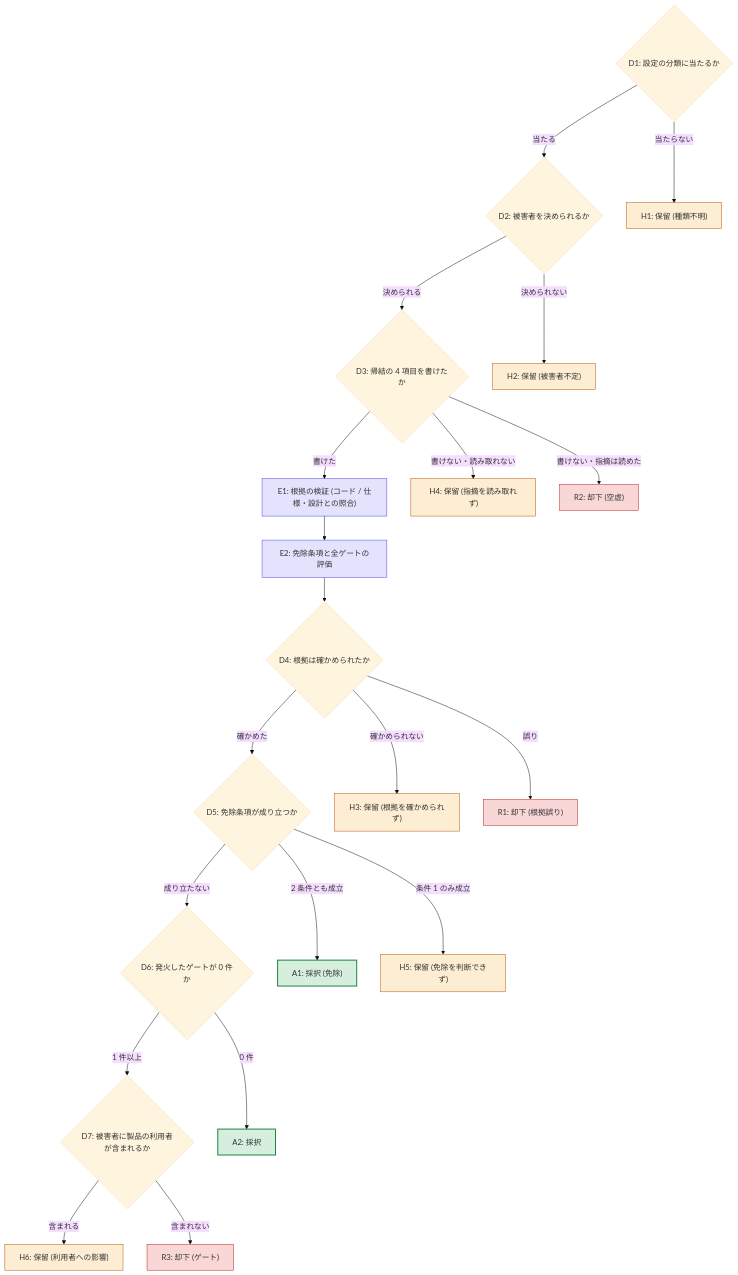
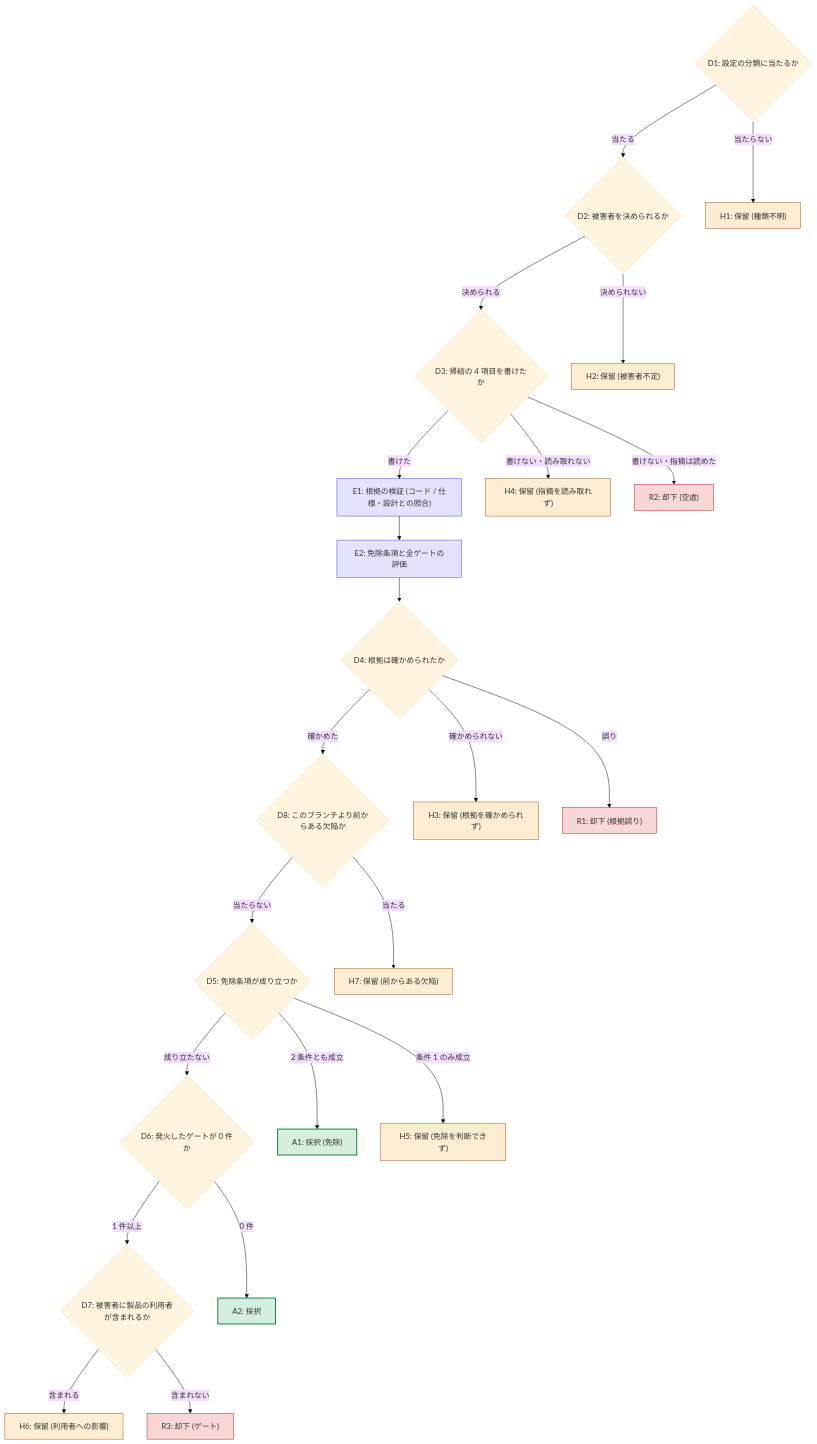
Before and after one commit to akm/claude-plugins: the diagram in review-triage/skills/review-triage/references/judgment-flow.md, drawn with Mermaid (base theme). The commit also changed other lines of this file and 4 other files, not shown here.

````diff
--- a/review-triage/skills/review-triage/references/judgment-flow.md
+++ b/review-triage/skills/review-triage/references/judgment-flow.md
@@ -19,57 +19,62 @@
 ```mermaid
 flowchart TD
   D1{"D1: 設定の分類に当たるか"}
   D2{"D2: 被害者を決められるか"}
   D3{"D3: 帰結の 4 項目を書けたか"}
   E1["E1: 根拠の検証 (コード / 仕様・設計との照合)"]
   E2["E2: 免除条項と全ゲートの評価"]
   D4{"D4: 根拠は確かめられたか"}
   D5{"D5: 免除条項が成り立つか"}
   D6{"D6: 発火したゲートが 0 件か"}
   D7{"D7: 被害者に製品の利用者が含まれるか"}
+  D8{"D8: このブランチより前からある欠陥か"}
   A1["A1: 採択 (免除)"]
   A2["A2: 採択"]
   H1["H1: 保留 (種類不明)"]
   H2["H2: 保留 (被害者不定)"]
   H3["H3: 保留 (根拠を確かめられず)"]
   H4["H4: 保留 (指摘を読み取れず)"]
   H5["H5: 保留 (免除を判断できず)"]
   H6["H6: 保留 (利用者への影響)"]
+  H7["H7: 保留 (前からある欠陥)"]
   R1["R1: 却下 (根拠誤り)"]
   R2["R2: 却下 (空虚)"]
   R3["R3: 却下 (ゲート)"]
 
   D1 -- 当たらない --> H1
   D1 -- 当たる --> D2
   D2 -- 決められない --> H2
   D2 -- 決められる --> D3
   D3 -- 書けない・指摘は読めた --> R2
   D3 -- 書けない・読み取れない --> H4
   D3 -- 書けた --> E1
   E1 --> E2
   E2 --> D4
   D4 -- 誤り --> R1
   D4 -- 確かめられない --> H3
-  D4 -- 確かめた --> D5
+  D4 -- 確かめた --> D8
+  D8 -- 当たる --> H7
+  D8 -- 当たらない --> D5
   D5 -- 2 条件とも成立 --> A1
   D5 -- 条件 1 のみ成立 --> H5
   D5 -- 成り立たない --> D6
   D6 -- 0 件 --> A2
   D6 -- 1 件以上 --> D7
   D7 -- 含まれる --> H6
   D7 -- 含まれない --> R3
 
   style A1 fill:#16a34a2e,stroke:#16803c,stroke-width:2px
   style A2 fill:#16a34a2e,stroke:#16803c,stroke-width:2px
   style H1 fill:#f59e0b2e,stroke:#b45309
   style H2 fill:#f59e0b2e,stroke:#b45309
   style H3 fill:#f59e0b2e,stroke:#b45309
   style H4 fill:#f59e0b2e,stroke:#b45309
   style H5 fill:#f59e0b2e,stroke:#b45309
   style H6 fill:#f59e0b2e,stroke:#b45309
+  style H7 fill:#f59e0b2e,stroke:#b45309
   style R1 fill:#dc26262e,stroke:#b91c1c
   style R2 fill:#dc26262e,stroke:#b91c1c
   style R3 fill:#dc26262e,stroke:#b91c1c
   style E1 fill:#6366f12e,stroke:#4f46e5
   style E2 fill:#6366f12e,stroke:#4f46e5
 ```
````
